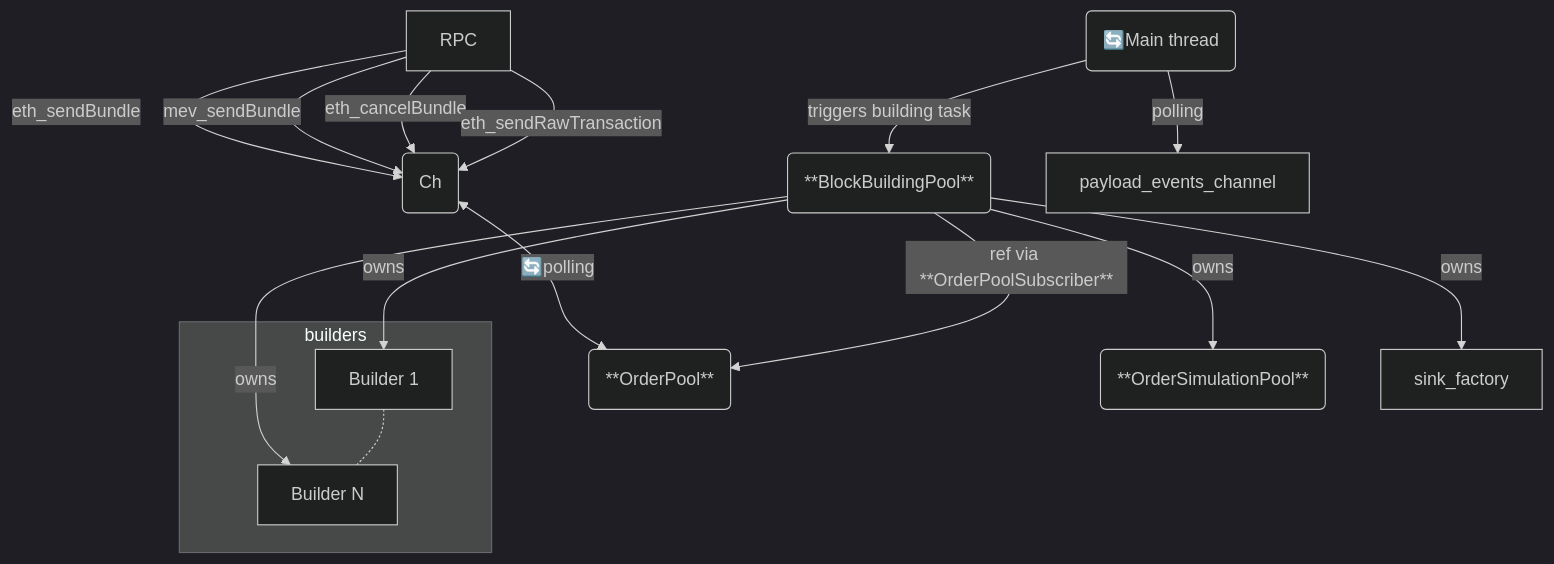
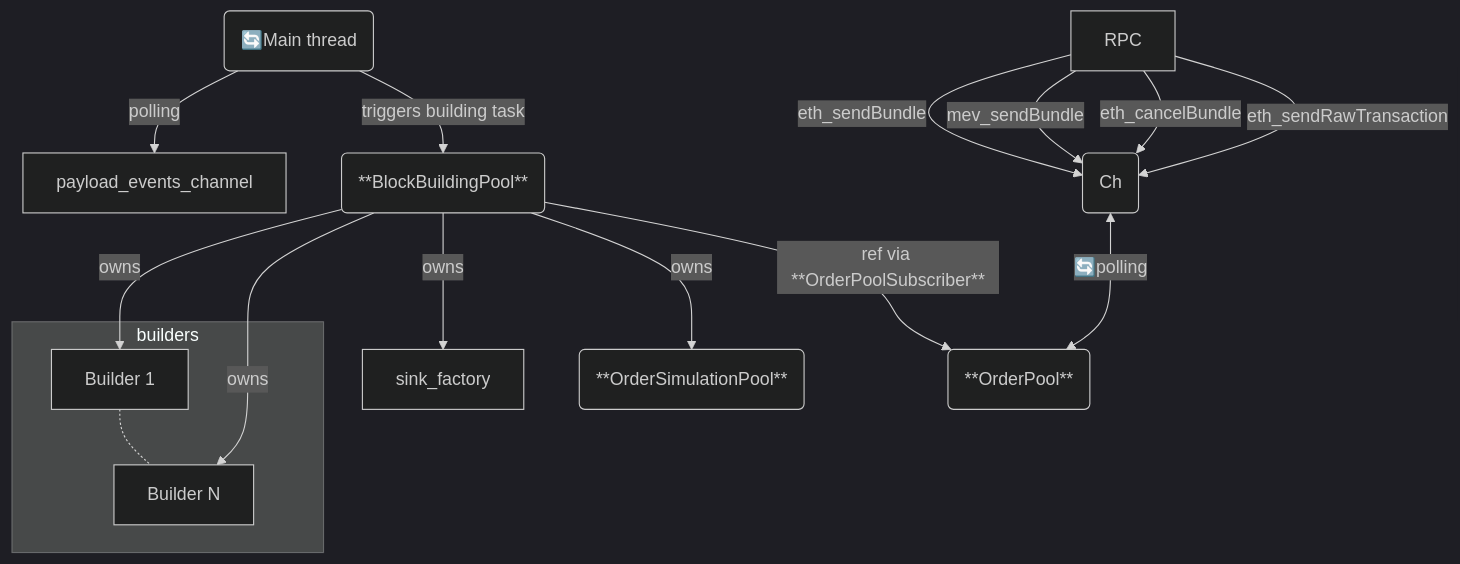
Before and after one commit to flashbots/rbuilder: the diagram in docs/RBUILDER_CLASSES_AND_DATAFLOW.md, drawn with Mermaid (dark theme).

Commit message:
init stage done

````diff
--- a/docs/RBUILDER_CLASSES_AND_DATAFLOW.md
+++ b/docs/RBUILDER_CLASSES_AND_DATAFLOW.md
@@ -54,28 +54,29 @@
 ```mermaid
   graph TD;
+      MainThread-- polling -->payload_events_channel
+      payload_events_channel
+      MainThread("🔄Main thread")
       RPC
       RPC--eth_sendBundle-->Ch1
       RPC--mev_sendBundle-->Ch1
       RPC--eth_cancelBundle-->Ch1
       RPC--eth_sendRawTransaction-->Ch1
       Ch1("Ch")
       OrderPool("**OrderPool**")
       Ch1<-- "🔄polling" -->OrderPool
       BlockBuildingPool("**BlockBuildingPool**")
       OrderSimulationPool("**OrderSimulationPool**")
-      payload_events_channel
-      MainThread("🔄Main thread")
-      MainThread-- polling -->payload_events_channel
+      
       sink_factory
       BlockBuildingPool-- owns -->B1
       BlockBuildingPool-- owns -->BN
       BlockBuildingPool-- owns -->sink_factory
       BlockBuildingPool-- owns -->OrderSimulationPool
       BlockBuildingPool-- "ref via **OrderPoolSubscriber**" -->OrderPool
       MainThread-- triggers building task-->BlockBuildingPool
       subgraph builders
         B1[Builder 1]
         BN[Builder N]
         B1 -.- BN
       end
 ```
````
